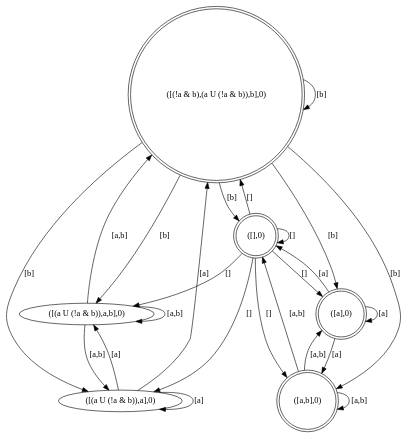
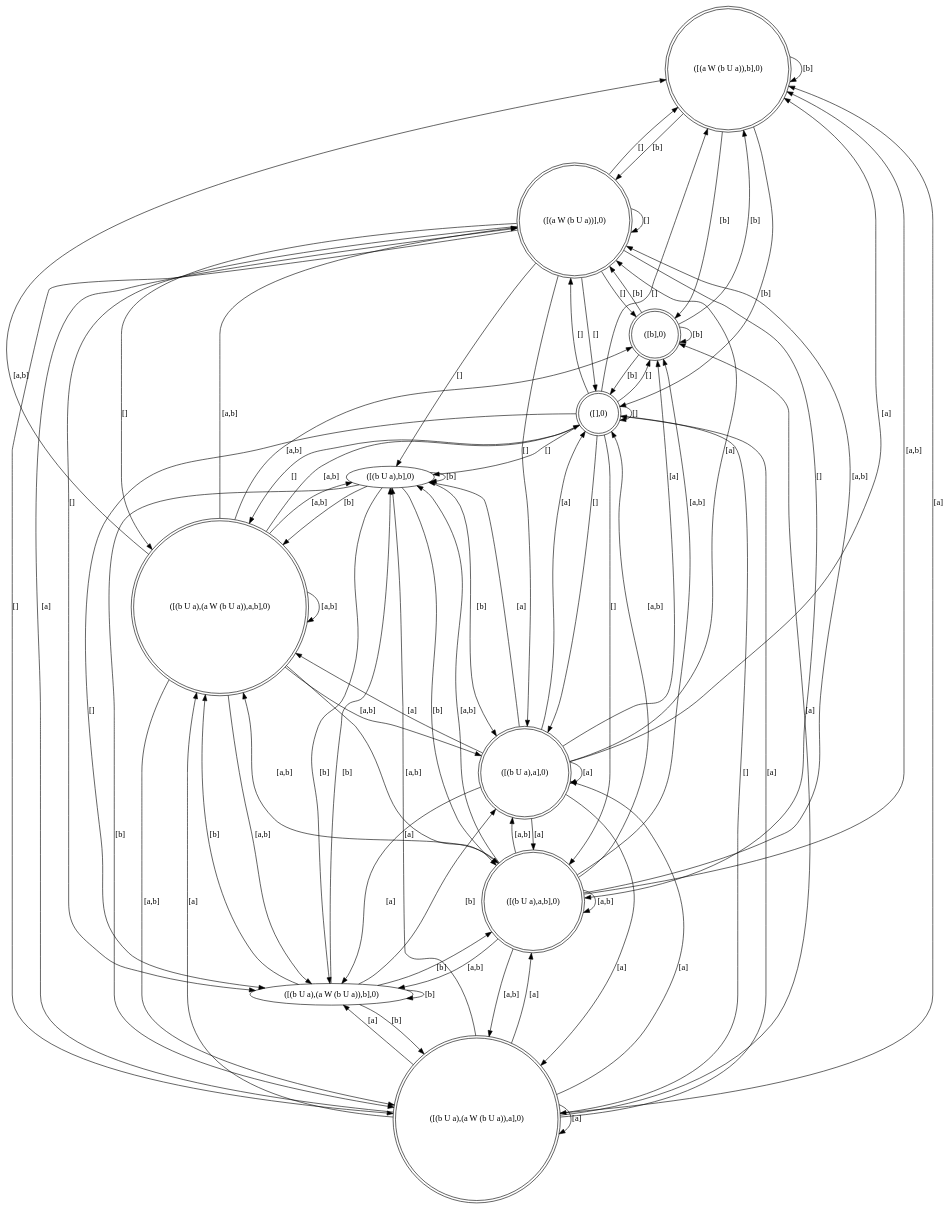
Before and after one commit to tychodub/ParityGamesReal: the diagram in nbaDot.gv, drawn with Graphviz. The commit also changed 5 other files, not shown here.

```diff
--- a/nbaDot.gv
+++ b/nbaDot.gv
@@ -1,32 +1,92 @@
 digraph nba {
-    "([(!a & b),(a U (!a & b)),b],0)"[shape = doublecircle];
-    "([(a U (!a & b)),a,b],0)";
-    "([(a U (!a & b)),a],0)";
+    "([(a W (b U a)),b],0)"[shape = doublecircle];
+    "([(a W (b U a))],0)"[shape = doublecircle];
+    "([(b U a),(a W (b U a)),a,b],0)"[shape = doublecircle];
+    "([(b U a),(a W (b U a)),a],0)"[shape = doublecircle];
+    "([(b U a),(a W (b U a)),b],0)";
+    "([(b U a),a,b],0)"[shape = doublecircle];
+    "([(b U a),a],0)"[shape = doublecircle];
+    "([(b U a),b],0)";
     "([],0)"[shape = doublecircle];
-    "([a,b],0)"[shape = doublecircle];
-    "([a],0)"[shape = doublecircle];
-    "([(!a & b),(a U (!a & b)),b],0)" -> "([(!a & b),(a U (!a & b)),b],0)" [label = "[b]"];
-    "([(!a & b),(a U (!a & b)),b],0)" -> "([(a U (!a & b)),a,b],0)" [label = "[b]"];
-    "([(!a & b),(a U (!a & b)),b],0)" -> "([(a U (!a & b)),a],0)" [label = "[b]"];
-    "([(!a & b),(a U (!a & b)),b],0)" -> "([],0)" [label = "[b]"];
-    "([(!a & b),(a U (!a & b)),b],0)" -> "([a,b],0)" [label = "[b]"];
-    "([(!a & b),(a U (!a & b)),b],0)" -> "([a],0)" [label = "[b]"];
-    "([(a U (!a & b)),a,b],0)" -> "([(!a & b),(a U (!a & b)),b],0)" [label = "[a,b]"];
-    "([(a U (!a & b)),a,b],0)" -> "([(a U (!a & b)),a,b],0)" [label = "[a,b]"];
-    "([(a U (!a & b)),a,b],0)" -> "([(a U (!a & b)),a],0)" [label = "[a,b]"];
-    "([(a U (!a & b)),a],0)" -> "([(!a & b),(a U (!a & b)),b],0)" [label = "[a]"];
-    "([(a U (!a & b)),a],0)" -> "([(a U (!a & b)),a,b],0)" [label = "[a]"];
-    "([(a U (!a & b)),a],0)" -> "([(a U (!a & b)),a],0)" [label = "[a]"];
-    "([],0)" -> "([(!a & b),(a U (!a & b)),b],0)" [label = "[]"];
-    "([],0)" -> "([(a U (!a & b)),a,b],0)" [label = "[]"];
-    "([],0)" -> "([(a U (!a & b)),a],0)" [label = "[]"];
+    "([b],0)"[shape = doublecircle];
+    "([(a W (b U a)),b],0)" -> "([(a W (b U a)),b],0)" [label = "[b]"];
+    "([(a W (b U a)),b],0)" -> "([(a W (b U a))],0)" [label = "[b]"];
+    "([(a W (b U a)),b],0)" -> "([],0)" [label = "[b]"];
+    "([(a W (b U a)),b],0)" -> "([b],0)" [label = "[b]"];
+    "([(a W (b U a))],0)" -> "([(a W (b U a)),b],0)" [label = "[]"];
+    "([(a W (b U a))],0)" -> "([(a W (b U a))],0)" [label = "[]"];
+    "([(a W (b U a))],0)" -> "([(b U a),(a W (b U a)),a,b],0)" [label = "[]"];
+    "([(a W (b U a))],0)" -> "([(b U a),(a W (b U a)),a],0)" [label = "[]"];
+    "([(a W (b U a))],0)" -> "([(b U a),(a W (b U a)),b],0)" [label = "[]"];
+    "([(a W (b U a))],0)" -> "([(b U a),a,b],0)" [label = "[]"];
+    "([(a W (b U a))],0)" -> "([(b U a),a],0)" [label = "[]"];
+    "([(a W (b U a))],0)" -> "([(b U a),b],0)" [label = "[]"];
+    "([(a W (b U a))],0)" -> "([],0)" [label = "[]"];
+    "([(a W (b U a))],0)" -> "([b],0)" [label = "[]"];
+    "([(b U a),(a W (b U a)),a,b],0)" -> "([(a W (b U a)),b],0)" [label = "[a,b]"];
+    "([(b U a),(a W (b U a)),a,b],0)" -> "([(a W (b U a))],0)" [label = "[a,b]"];
+    "([(b U a),(a W (b U a)),a,b],0)" -> "([(b U a),(a W (b U a)),a,b],0)" [label = "[a,b]"];
+    "([(b U a),(a W (b U a)),a,b],0)" -> "([(b U a),(a W (b U a)),a],0)" [label = "[a,b]"];
+    "([(b U a),(a W (b U a)),a,b],0)" -> "([(b U a),(a W (b U a)),b],0)" [label = "[a,b]"];
+    "([(b U a),(a W (b U a)),a,b],0)" -> "([(b U a),a,b],0)" [label = "[a,b]"];
+    "([(b U a),(a W (b U a)),a,b],0)" -> "([(b U a),a],0)" [label = "[a,b]"];
+    "([(b U a),(a W (b U a)),a,b],0)" -> "([(b U a),b],0)" [label = "[a,b]"];
+    "([(b U a),(a W (b U a)),a,b],0)" -> "([],0)" [label = "[a,b]"];
+    "([(b U a),(a W (b U a)),a,b],0)" -> "([b],0)" [label = "[a,b]"];
+    "([(b U a),(a W (b U a)),a],0)" -> "([(a W (b U a)),b],0)" [label = "[a]"];
+    "([(b U a),(a W (b U a)),a],0)" -> "([(a W (b U a))],0)" [label = "[a]"];
+    "([(b U a),(a W (b U a)),a],0)" -> "([(b U a),(a W (b U a)),a,b],0)" [label = "[a]"];
+    "([(b U a),(a W (b U a)),a],0)" -> "([(b U a),(a W (b U a)),a],0)" [label = "[a]"];
+    "([(b U a),(a W (b U a)),a],0)" -> "([(b U a),(a W (b U a)),b],0)" [label = "[a]"];
+    "([(b U a),(a W (b U a)),a],0)" -> "([(b U a),a,b],0)" [label = "[a]"];
+    "([(b U a),(a W (b U a)),a],0)" -> "([(b U a),a],0)" [label = "[a]"];
+    "([(b U a),(a W (b U a)),a],0)" -> "([(b U a),b],0)" [label = "[a]"];
+    "([(b U a),(a W (b U a)),a],0)" -> "([],0)" [label = "[a]"];
+    "([(b U a),(a W (b U a)),a],0)" -> "([b],0)" [label = "[a]"];
+    "([(b U a),(a W (b U a)),b],0)" -> "([(b U a),(a W (b U a)),a,b],0)" [label = "[b]"];
+    "([(b U a),(a W (b U a)),b],0)" -> "([(b U a),(a W (b U a)),a],0)" [label = "[b]"];
+    "([(b U a),(a W (b U a)),b],0)" -> "([(b U a),(a W (b U a)),b],0)" [label = "[b]"];
+    "([(b U a),(a W (b U a)),b],0)" -> "([(b U a),a,b],0)" [label = "[b]"];
+    "([(b U a),(a W (b U a)),b],0)" -> "([(b U a),a],0)" [label = "[b]"];
+    "([(b U a),(a W (b U a)),b],0)" -> "([(b U a),b],0)" [label = "[b]"];
+    "([(b U a),a,b],0)" -> "([(a W (b U a)),b],0)" [label = "[a,b]"];
+    "([(b U a),a,b],0)" -> "([(a W (b U a))],0)" [label = "[a,b]"];
+    "([(b U a),a,b],0)" -> "([(b U a),(a W (b U a)),a,b],0)" [label = "[a,b]"];
+    "([(b U a),a,b],0)" -> "([(b U a),(a W (b U a)),a],0)" [label = "[a,b]"];
+    "([(b U a),a,b],0)" -> "([(b U a),(a W (b U a)),b],0)" [label = "[a,b]"];
+    "([(b U a),a,b],0)" -> "([(b U a),a,b],0)" [label = "[a,b]"];
+    "([(b U a),a,b],0)" -> "([(b U a),a],0)" [label = "[a,b]"];
+    "([(b U a),a,b],0)" -> "([(b U a),b],0)" [label = "[a,b]"];
+    "([(b U a),a,b],0)" -> "([],0)" [label = "[a,b]"];
+    "([(b U a),a,b],0)" -> "([b],0)" [label = "[a,b]"];
+    "([(b U a),a],0)" -> "([(a W (b U a)),b],0)" [label = "[a]"];
+    "([(b U a),a],0)" -> "([(a W (b U a))],0)" [label = "[a]"];
+    "([(b U a),a],0)" -> "([(b U a),(a W (b U a)),a,b],0)" [label = "[a]"];
+    "([(b U a),a],0)" -> "([(b U a),(a W (b U a)),a],0)" [label = "[a]"];
+    "([(b U a),a],0)" -> "([(b U a),(a W (b U a)),b],0)" [label = "[a]"];
+    "([(b U a),a],0)" -> "([(b U a),a,b],0)" [label = "[a]"];
+    "([(b U a),a],0)" -> "([(b U a),a],0)" [label = "[a]"];
+    "([(b U a),a],0)" -> "([(b U a),b],0)" [label = "[a]"];
+    "([(b U a),a],0)" -> "([],0)" [label = "[a]"];
+    "([(b U a),a],0)" -> "([b],0)" [label = "[a]"];
+    "([(b U a),b],0)" -> "([(b U a),(a W (b U a)),a,b],0)" [label = "[b]"];
+    "([(b U a),b],0)" -> "([(b U a),(a W (b U a)),a],0)" [label = "[b]"];
+    "([(b U a),b],0)" -> "([(b U a),(a W (b U a)),b],0)" [label = "[b]"];
+    "([(b U a),b],0)" -> "([(b U a),a,b],0)" [label = "[b]"];
+    "([(b U a),b],0)" -> "([(b U a),a],0)" [label = "[b]"];
+    "([(b U a),b],0)" -> "([(b U a),b],0)" [label = "[b]"];
+    "([],0)" -> "([(a W (b U a)),b],0)" [label = "[]"];
+    "([],0)" -> "([(a W (b U a))],0)" [label = "[]"];
+    "([],0)" -> "([(b U a),(a W (b U a)),a,b],0)" [label = "[]"];
+    "([],0)" -> "([(b U a),(a W (b U a)),a],0)" [label = "[]"];
+    "([],0)" -> "([(b U a),(a W (b U a)),b],0)" [label = "[]"];
+    "([],0)" -> "([(b U a),a,b],0)" [label = "[]"];
+    "([],0)" -> "([(b U a),a],0)" [label = "[]"];
+    "([],0)" -> "([(b U a),b],0)" [label = "[]"];
     "([],0)" -> "([],0)" [label = "[]"];
-    "([],0)" -> "([a,b],0)" [label = "[]"];
-    "([],0)" -> "([a],0)" [label = "[]"];
-    "([a,b],0)" -> "([],0)" [label = "[a,b]"];
-    "([a,b],0)" -> "([a,b],0)" [label = "[a,b]"];
-    "([a,b],0)" -> "([a],0)" [label = "[a,b]"];
-    "([a],0)" -> "([],0)" [label = "[a]"];
-    "([a],0)" -> "([a,b],0)" [label = "[a]"];
-    "([a],0)" -> "([a],0)" [label = "[a]"];
+    "([],0)" -> "([b],0)" [label = "[]"];
+    "([b],0)" -> "([(a W (b U a)),b],0)" [label = "[b]"];
+    "([b],0)" -> "([(a W (b U a))],0)" [label = "[b]"];
+    "([b],0)" -> "([],0)" [label = "[b]"];
+    "([b],0)" -> "([b],0)" [label = "[b]"];
 }
```
